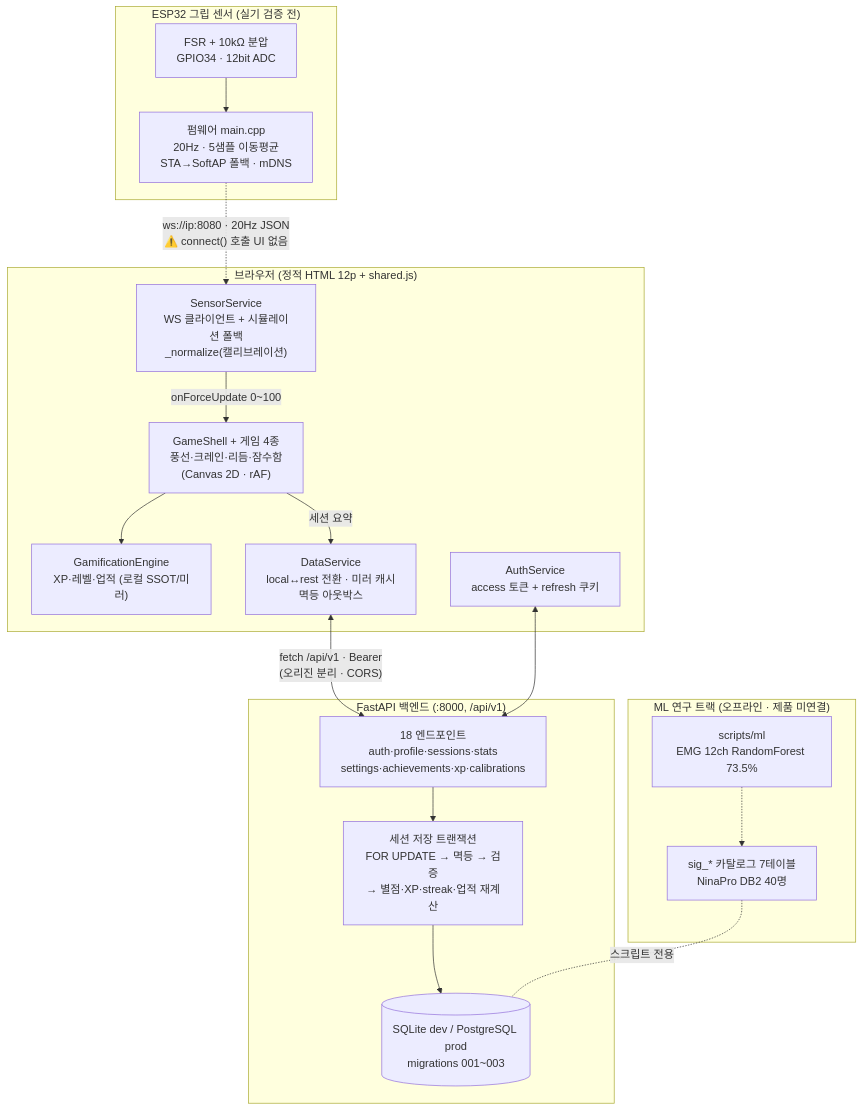
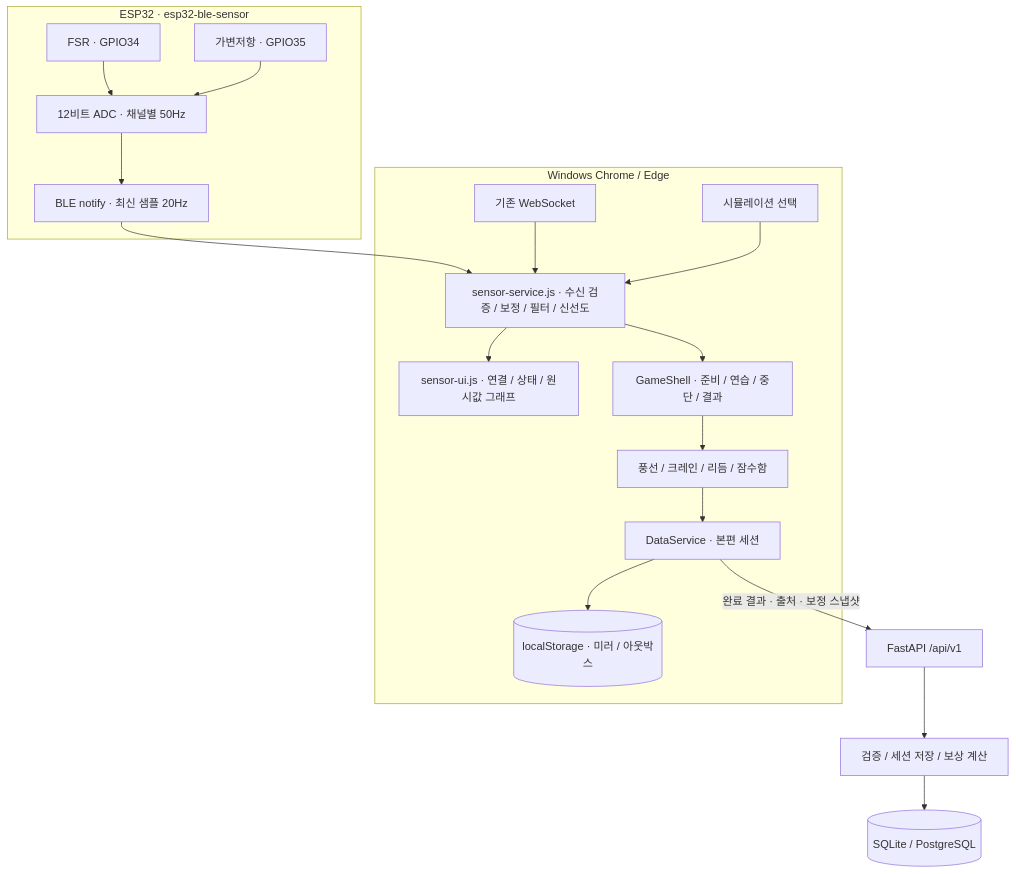
The diagram in ARCHITECTURE.md (jhsoo0211/ReGrip), drawn with Mermaid before and after one commit. The commit also changed other lines of this file and 60 other files, not shown here.

First line of the commit message:
[Feat] BLE sensor integration and beginner game reliability

````diff
--- a/ARCHITECTURE.md
+++ b/ARCHITECTURE.md
@@ -29,37 +9,21 @@
 ```mermaid
 flowchart TB
-    subgraph HW["ESP32 그립 센서 (실기 검증 전)"]
-        FSR["FSR + 10kΩ 분압<br/>GPIO34 · 12bit ADC"]
-        FW["펌웨어 main.cpp<br/>20Hz · 5샘플 이동평균<br/>STA→SoftAP 폴백 · mDNS"]
+    subgraph Device["ESP32 · esp32-ble-sensor"]
+        F["FSR · GPIO34"] --> ADC["12비트 ADC · 채널별 50Hz"]
+        P["가변저항 · GPIO35"] --> ADC
+        ADC --> BLE["BLE notify · 최신 샘플 20Hz"]
     end
-
-    subgraph Browser["브라우저 (정적 HTML 12p + shared.js)"]
-        SS["SensorService<br/>WS 클라이언트 + 시뮬레이션 폴백<br/>_normalize(캘리브레이션)"]
-        GS["GameShell + 게임 4종<br/>풍선·크레인·리듬·잠수함<br/>(Canvas 2D · rAF)"]
-        GAM["GamificationEngine<br/>XP·레벨·업적 (로컬 SSOT/미러)"]
-        DS["DataService<br/>local↔rest 전환 · 미러 캐시<br/>멱등 아웃박스"]
-        AUTH["AuthService<br/>access 토큰 + refresh 쿠키"]
+    subgraph Browser["Windows Chrome / Edge"]
+        BLE --> SS["sensor-service.js · 수신 검증 / 보정 / 필터 / 신선도"]
+        WS["기존 WebSocket"] --> SS
+        SIM["시뮬레이션 선택"] --> SS
+        SS --> UI["sensor-ui.js · 연결 / 상태 / 원시값 그래프"]
+        SS --> GS["GameShell · 준비 / 연습 / 중단 / 결과"]
+        GS --> GAME["풍선 / 크레인 / 리듬 / 잠수함"]
+        GAME --> DS["DataService · 본편 세션"]
+        DS --> LOCAL[("localStorage · 미러 / 아웃박스")]
     end
-
-    subgraph Server["FastAPI 백엔드 (:8000, /api/v1)"]
-        API["18 엔드포인트<br/>auth·profile·sessions·stats<br/>settings·achievements·xp·calibrations"]
-        TX["세션 저장 트랜잭션<br/>FOR UPDATE → 멱등 → 검증<br/>→ 별점·XP·streak·업적 재계산"]
-        DB[("SQLite dev / PostgreSQL prod<br/>migrations 001~003")]
-    end
-
-    subgraph ML["ML 연구 트랙 (오프라인 · 제품 미연결)"]
-        SIG["sig_* 카탈로그 7테이블<br/>NinaPro DB2 40명"]
-        TRAIN["scripts/ml<br/>EMG 12ch RandomForest 73.5%"]
-    end
-
-    FSR --> FW
-    FW -.->|"ws://ip:8080 · 20Hz JSON<br/>⚠️ connect() 호출 UI 없음"| SS
-    SS -->|onForceUpdate 0~100| GS
-    GS --> GAM
-    GS -->|세션 요약| DS
-    DS <-->|"fetch /api/v1 · Bearer<br/>(오리진 분리 · CORS)"| API
-    AUTH <--> API
-    API --> TX --> DB
-    SIG -.스크립트 전용.- DB
-    TRAIN -.-> SIG
+    DS -->|"완료 결과 · 출처 · 보정 스냅샷"| API["FastAPI /api/v1"]
+    API --> TX["검증 / 세션 저장 / 보상 계산"]
+    TX --> DB[("SQLite / PostgreSQL")]
 ```
````
